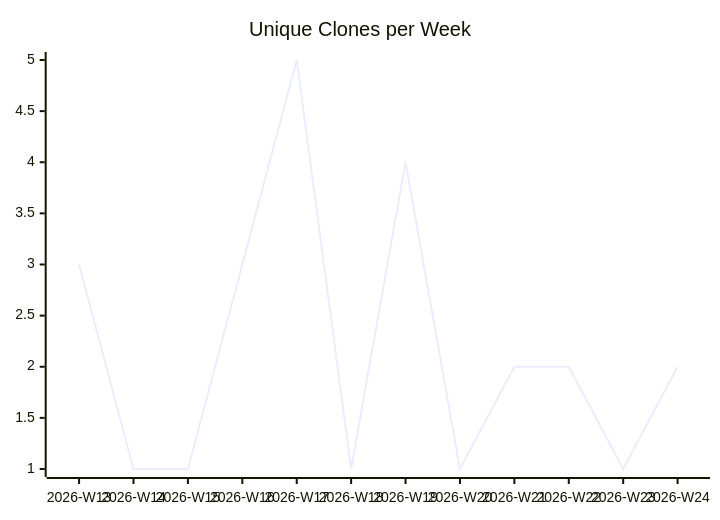
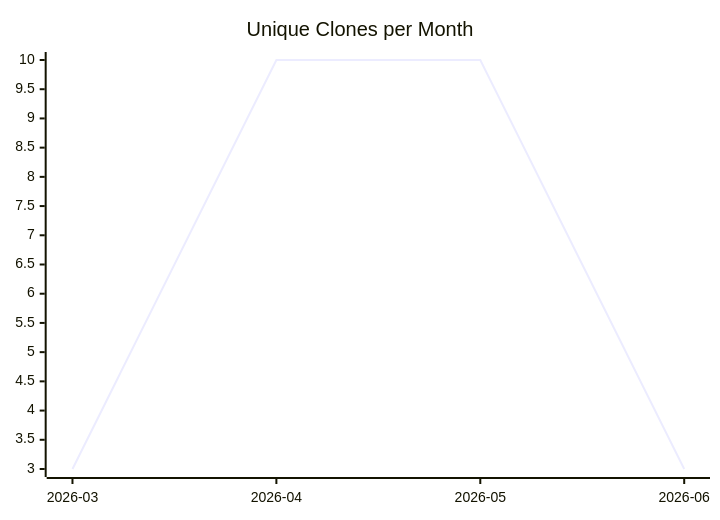
One commit to justdavis-family/github-analytics-data changed the third of 3 diagrams in karlmdavis/stockfighter-trades-solutions/README.md. Above: the diagram before and after it, drawn with Mermaid. The commit also changed other lines of this file and 198 other files, not shown here.

````diff
--- a/karlmdavis/stockfighter-trades-solutions/README.md
+++ b/karlmdavis/stockfighter-trades-solutions/README.md
@@ -19,6 +19,6 @@
 ```mermaid
 xychart-beta
-  title "Unique Clones per Week"
-  x-axis ["2026-W13", "2026-W14", "2026-W15", "2026-W16", "2026-W17", "2026-W18", "2026-W19", "2026-W20", "2026-W21", "2026-W22", "2026-W23", "2026-W24"]
-  line [3, 1, 1, 3, 5, 1, 4, 1, 2, 2, 1, 2]
+  title "Unique Clones per Month"
+  x-axis ["2026-03", "2026-04", "2026-05", "2026-06"]
+  line [3, 10, 10, 3]
 ```
````
